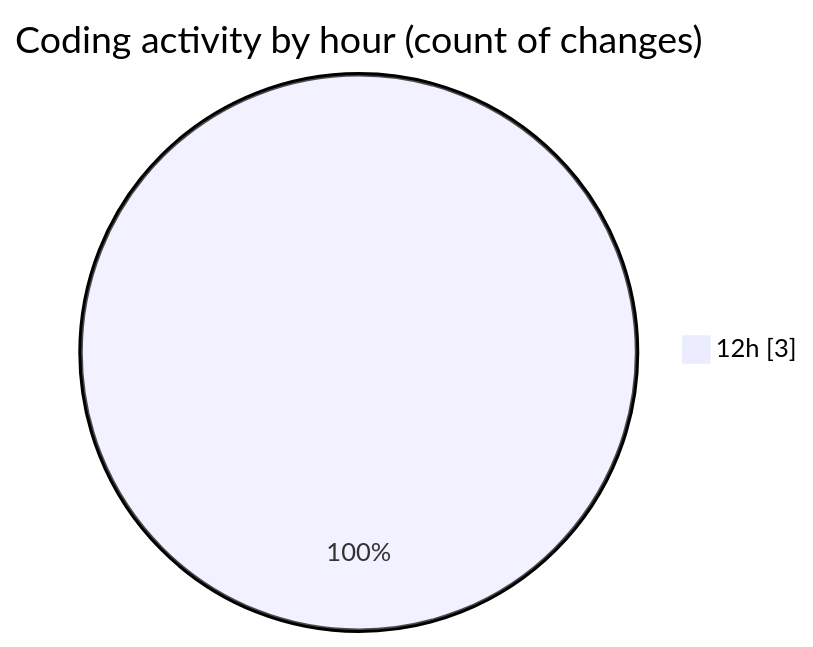
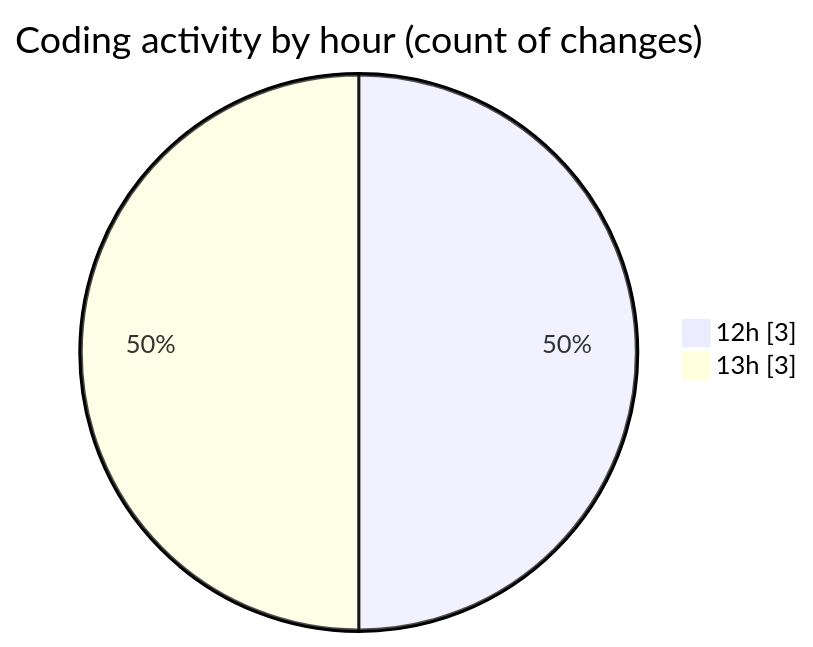
The second of 2 diagrams in 2025-04-10/sungpt/README.md (Elitesun/code-tracking), drawn with Mermaid before and after one commit. The commit also changed other lines of this file and 1 other file, not shown here.

````diff
--- a/2025-04-10/sungpt/README.md
+++ b/2025-04-10/sungpt/README.md
@@ -30,5 +30,6 @@
 ```mermaid
 pie showData
 title Coding activity by hour (count of changes)
 "12h" : 3
+"13h" : 3
 ```
````
